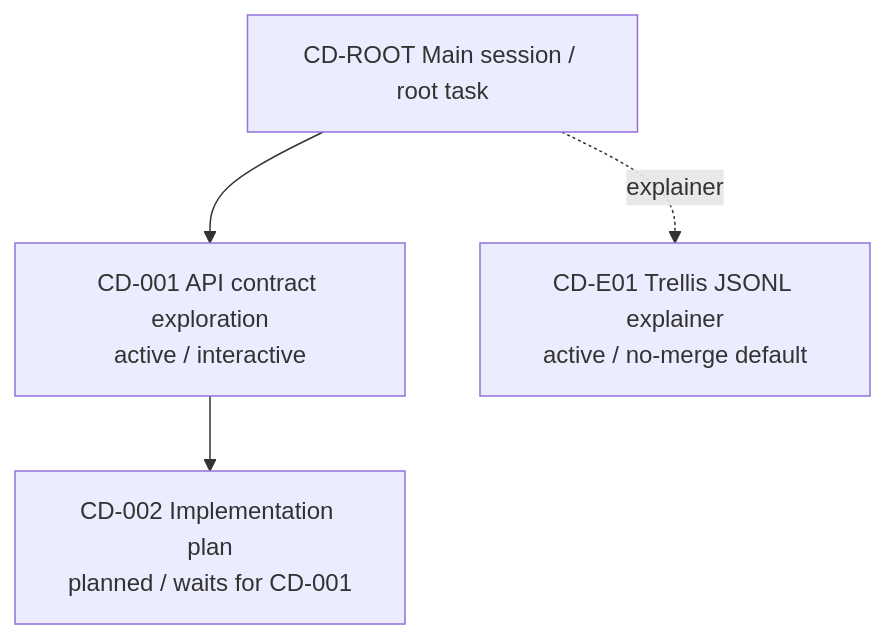
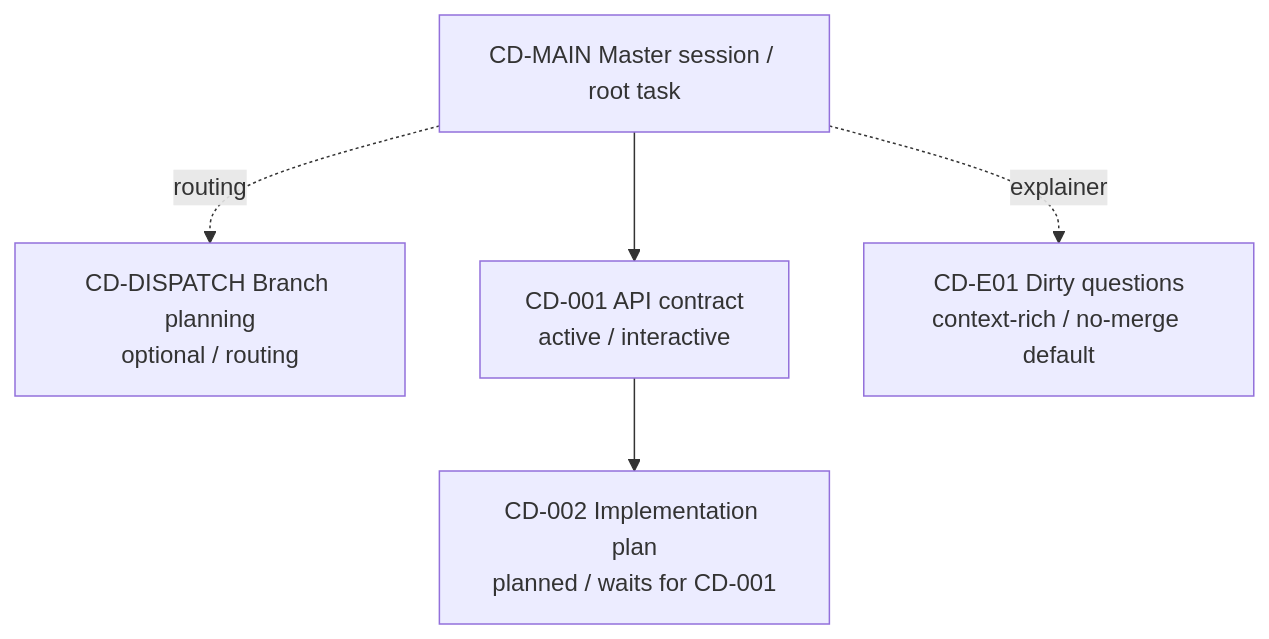
The diagram in examples/branch-map.md (Jinghao67/conductor), drawn with Mermaid before and after one commit. The commit also changed other lines of this file and 13 other files, not shown here.

Commit message:
Tighten session registry and routing

````diff
--- a/examples/branch-map.md
+++ b/examples/branch-map.md
@@ -31,11 +49,13 @@
 ```mermaid
 flowchart TD
-  ROOT["CD-ROOT Main session / root task"]
-  B1["CD-001 API contract exploration<br/>active / interactive"]
+  ROOT["CD-MAIN Master session / root task"]
+  DISPATCH["CD-DISPATCH Branch planning<br/>optional / routing"]
+  B1["CD-001 API contract<br/>active / interactive"]
   B2["CD-002 Implementation plan<br/>planned / waits for CD-001"]
-  E1["CD-E01 Trellis JSONL explainer<br/>active / no-merge default"]
+  E1["CD-E01 Dirty questions<br/>context-rich / no-merge default"]
 
   ROOT --> B1
   B1 --> B2
+  ROOT -. routing .-> DISPATCH
   ROOT -. explainer .-> E1
 ```
````
